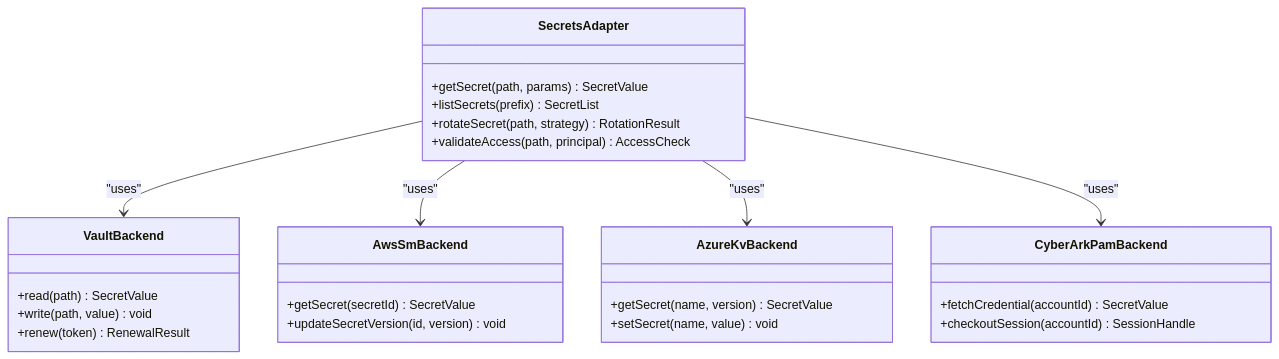
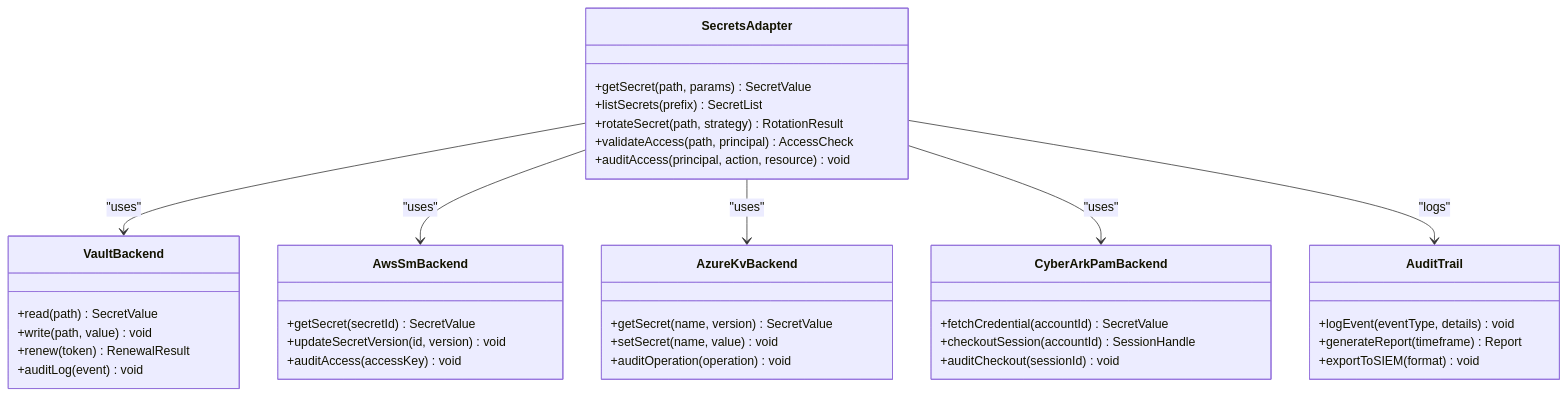
One commit to shakthi-vinayak/network-automation changed the third of 9 diagrams in .qoder/repowiki/en/content/Architecture & Design/Security & Compliance Architecture.md. Above: the diagram before and after it, drawn with Mermaid. The commit also changed other lines of this file and 144 other files, not shown here.

````diff
--- a/.qoder/repowiki/en/content/Architecture & Design/Security & Compliance Architecture.md
+++ b/.qoder/repowiki/en/content/Architecture & Design/Security & Compliance Architecture.md
@@ -175,30 +233,41 @@
 ```mermaid
 classDiagram
 class SecretsAdapter {
 +getSecret(path, params) SecretValue
 +listSecrets(prefix) SecretList
 +rotateSecret(path, strategy) RotationResult
 +validateAccess(path, principal) AccessCheck
++auditAccess(principal, action, resource) void
 }
 class VaultBackend {
 +read(path) SecretValue
 +write(path, value) void
 +renew(token) RenewalResult
++auditLog(event) void
 }
 class AwsSmBackend {
 +getSecret(secretId) SecretValue
 +updateSecretVersion(id, version) void
++auditAccess(accessKey) void
 }
 class AzureKvBackend {
 +getSecret(name, version) SecretValue
 +setSecret(name, value) void
++auditOperation(operation) void
 }
 class CyberArkPamBackend {
 +fetchCredential(accountId) SecretValue
 +checkoutSession(accountId) SessionHandle
++auditCheckout(sessionId) void
+}
+class AuditTrail {
++logEvent(eventType, details) void
++generateReport(timeframe) Report
++exportToSIEM(format) void
 }
 SecretsAdapter --> VaultBackend : "uses"
 SecretsAdapter --> AwsSmBackend : "uses"
 SecretsAdapter --> AzureKvBackend : "uses"
 SecretsAdapter --> CyberArkPamBackend : "uses"
+SecretsAdapter --> AuditTrail : "logs"
 ```
````
